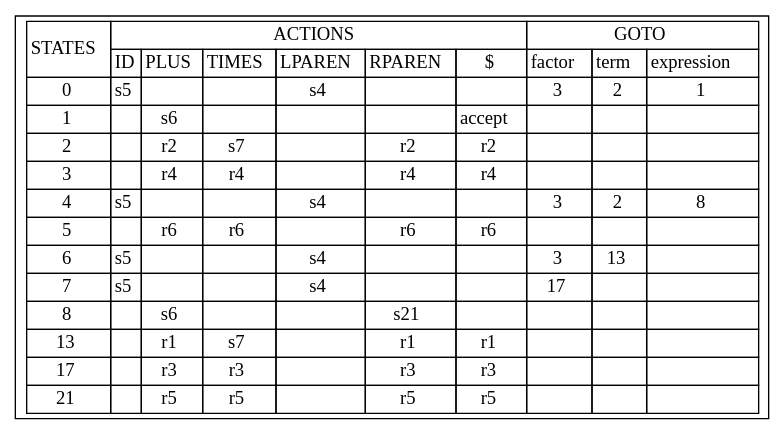
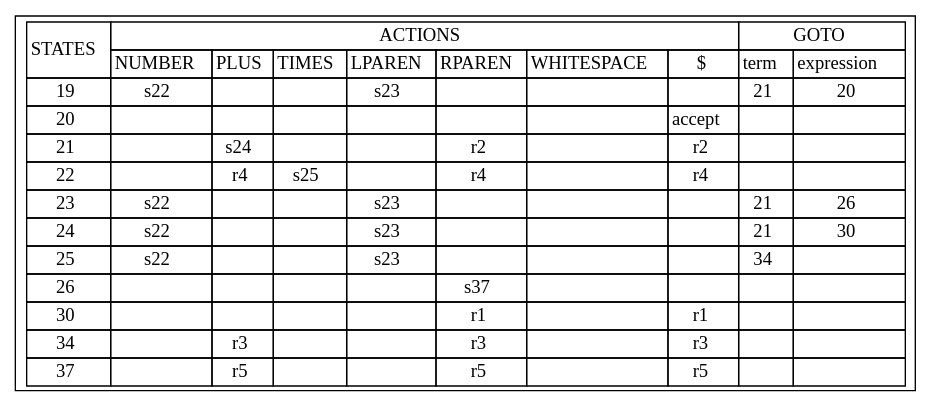
The diagram in test-output/Digraph.gv (bryannalfaro/Dise-odeLenguajes), drawn with Graphviz before and after one commit. The commit also changed 19 other files, not shown here.

```diff
--- a/test-output/Digraph.gv
+++ b/test-output/Digraph.gv
@@ -1,5 +1,5 @@
 digraph {
 	node [shape=record]
 	rankdir=LR
-	table [label=<<table border="0" cellborder="1" cellspacing="0"><tr><td rowspan="2">STATES</td><td colspan="6">ACTIONS</td><td colspan="3">GOTO</td></tr><tr><td>ID</td><td>PLUS</td><td>TIMES</td><td>LPAREN</td><td>RPAREN</td><td>$</td><td>factor</td><td>term</td><td>expression</td></tr><tr><td>0</td><td>s5</td><td></td><td></td><td>s4</td><td></td><td></td><td>3</td><td>2</td><td>1</td></tr><tr><td>1</td><td></td><td>s6</td><td></td><td></td><td></td><td>accept</td><td></td><td></td><td></td></tr><tr><td>2</td><td></td><td>r2</td><td>s7</td><td></td><td>r2</td><td>r2</td><td></td><td></td><td></td></tr><tr><td>3</td><td></td><td>r4</td><td>r4</td><td></td><td>r4</td><td>r4</td><td></td><td></td><td></td></tr><tr><td>4</td><td>s5</td><td></td><td></td><td>s4</td><td></td><td></td><td>3</td><td>2</td><td>8</td></tr><tr><td>5</td><td></td><td>r6</td><td>r6</td><td></td><td>r6</td><td>r6</td><td></td><td></td><td></td></tr><tr><td>6</td><td>s5</td><td></td><td></td><td>s4</td><td></td><td></td><td>3</td><td>13</td><td></td></tr><tr><td>7</td><td>s5</td><td></td><td></td><td>s4</td><td></td><td></td><td>17</td><td></td><td></td></tr><tr><td>8</td><td></td><td>s6</td><td></td><td></td><td>s21</td><td></td><td></td><td></td><td></td></tr><tr><td>13</td><td></td><td>r1</td><td>s7</td><td></td><td>r1</td><td>r1</td><td></td><td></td><td></td></tr><tr><td>17</td><td></td><td>r3</td><td>r3</td><td></td><td>r3</td><td>r3</td><td></td><td></td><td></td></tr><tr><td>21</td><td></td><td>r5</td><td>r5</td><td></td><td>r5</td><td>r5</td><td></td><td></td><td></td></tr></table>>]
+	table [label=<<table border="0" cellborder="1" cellspacing="0"><tr><td rowspan="2">STATES</td><td colspan="7">ACTIONS</td><td colspan="2">GOTO</td></tr><tr><td>NUMBER</td><td>PLUS</td><td>TIMES</td><td>LPAREN</td><td>RPAREN</td><td>WHITESPACE</td><td>$</td><td>term</td><td>expression</td></tr><tr><td>19</td><td>s22</td><td></td><td></td><td>s23</td><td></td><td></td><td></td><td>21</td><td>20</td></tr><tr><td>20</td><td></td><td></td><td></td><td></td><td></td><td></td><td>accept</td><td></td><td></td></tr><tr><td>21</td><td></td><td>s24</td><td></td><td></td><td>r2</td><td></td><td>r2</td><td></td><td></td></tr><tr><td>22</td><td></td><td>r4</td><td>s25</td><td></td><td>r4</td><td></td><td>r4</td><td></td><td></td></tr><tr><td>23</td><td>s22</td><td></td><td></td><td>s23</td><td></td><td></td><td></td><td>21</td><td>26</td></tr><tr><td>24</td><td>s22</td><td></td><td></td><td>s23</td><td></td><td></td><td></td><td>21</td><td>30</td></tr><tr><td>25</td><td>s22</td><td></td><td></td><td>s23</td><td></td><td></td><td></td><td>34</td><td></td></tr><tr><td>26</td><td></td><td></td><td></td><td></td><td>s37</td><td></td><td></td><td></td><td></td></tr><tr><td>30</td><td></td><td></td><td></td><td></td><td>r1</td><td></td><td>r1</td><td></td><td></td></tr><tr><td>34</td><td></td><td>r3</td><td></td><td></td><td>r3</td><td></td><td>r3</td><td></td><td></td></tr><tr><td>37</td><td></td><td>r5</td><td></td><td></td><td>r5</td><td></td><td>r5</td><td></td><td></td></tr></table>>]
 }
```
